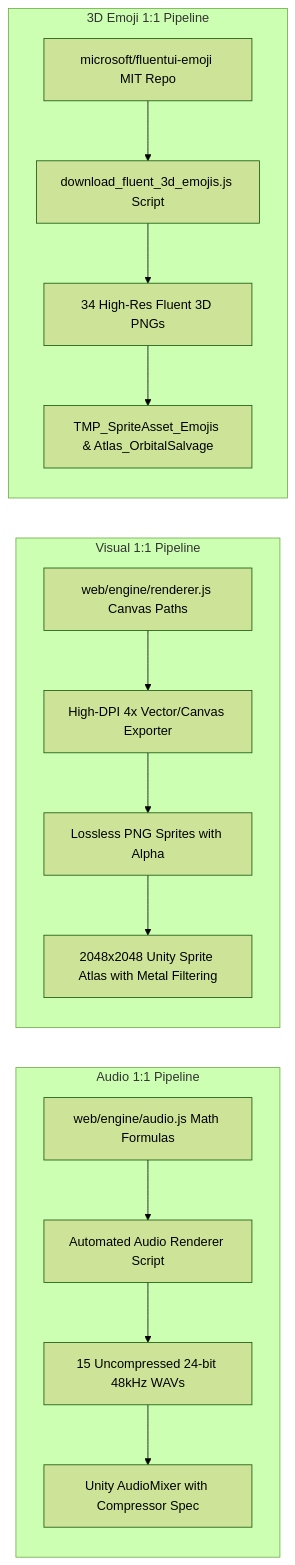
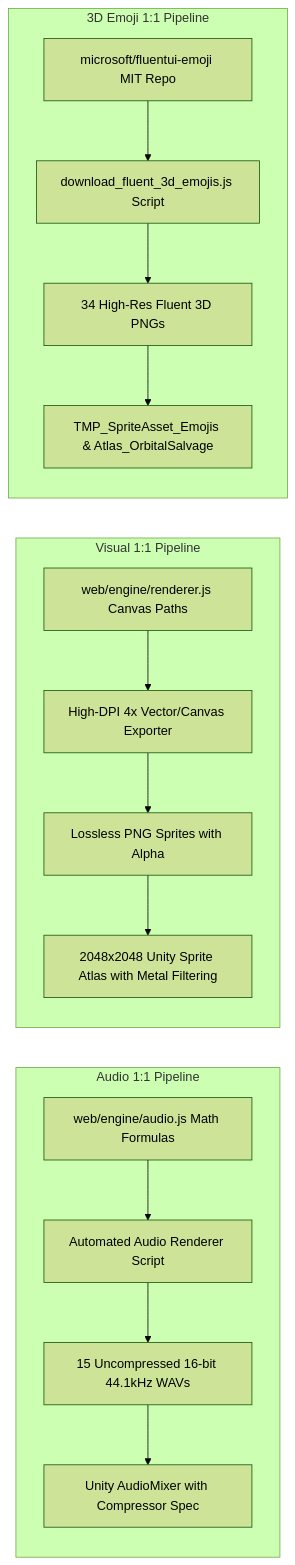
Before and after one commit to PhoenixNest/AGENT-PLAYGROUND: the fourth of 9 diagrams in games/maze-puzzle/08_UNITY_MIGRATION_AND_IOS_DEPLOYMENT_PLAN.md, drawn with Mermaid (forest theme). The commit also changed other lines of this file and 90 other files, not shown here.

````diff
--- a/games/maze-puzzle/08_UNITY_MIGRATION_AND_IOS_DEPLOYMENT_PLAN.md
+++ b/games/maze-puzzle/08_UNITY_MIGRATION_AND_IOS_DEPLOYMENT_PLAN.md
@@ -568,20 +585,20 @@
 ```mermaid
 flowchart LR
     subgraph Audio 1:1 Pipeline
         A1[web/engine/audio.js Math Formulas] --> A2[Automated Audio Renderer Script]
-        A2 --> A3[15 Uncompressed 24-bit 48kHz WAVs]
+        A2 --> A3[15 Uncompressed 16-bit 44.1kHz WAVs]
         A3 --> A4[Unity AudioMixer with Compressor Spec]
     end
 
     subgraph Visual 1:1 Pipeline
         V1[web/engine/renderer.js Canvas Paths] --> V2[High-DPI 4x Vector/Canvas Exporter]
         V2 --> V3[Lossless PNG Sprites with Alpha]
         V3 --> V4[2048x2048 Unity Sprite Atlas with Metal Filtering]
     end
 
     subgraph 3D Emoji 1:1 Pipeline
         E1[microsoft/fluentui-emoji MIT Repo] --> E2[download_fluent_3d_emojis.js Script]
         E2 --> E3[34 High-Res Fluent 3D PNGs]
         E3 --> E4[TMP_SpriteAsset_Emojis & Atlas_OrbitalSalvage]
     end
 ```
````
